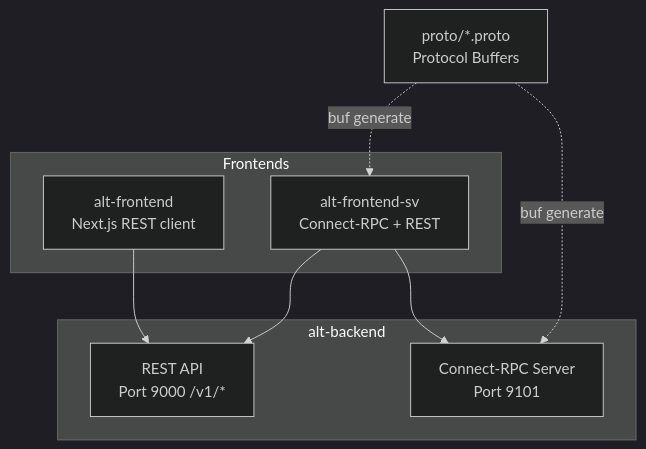
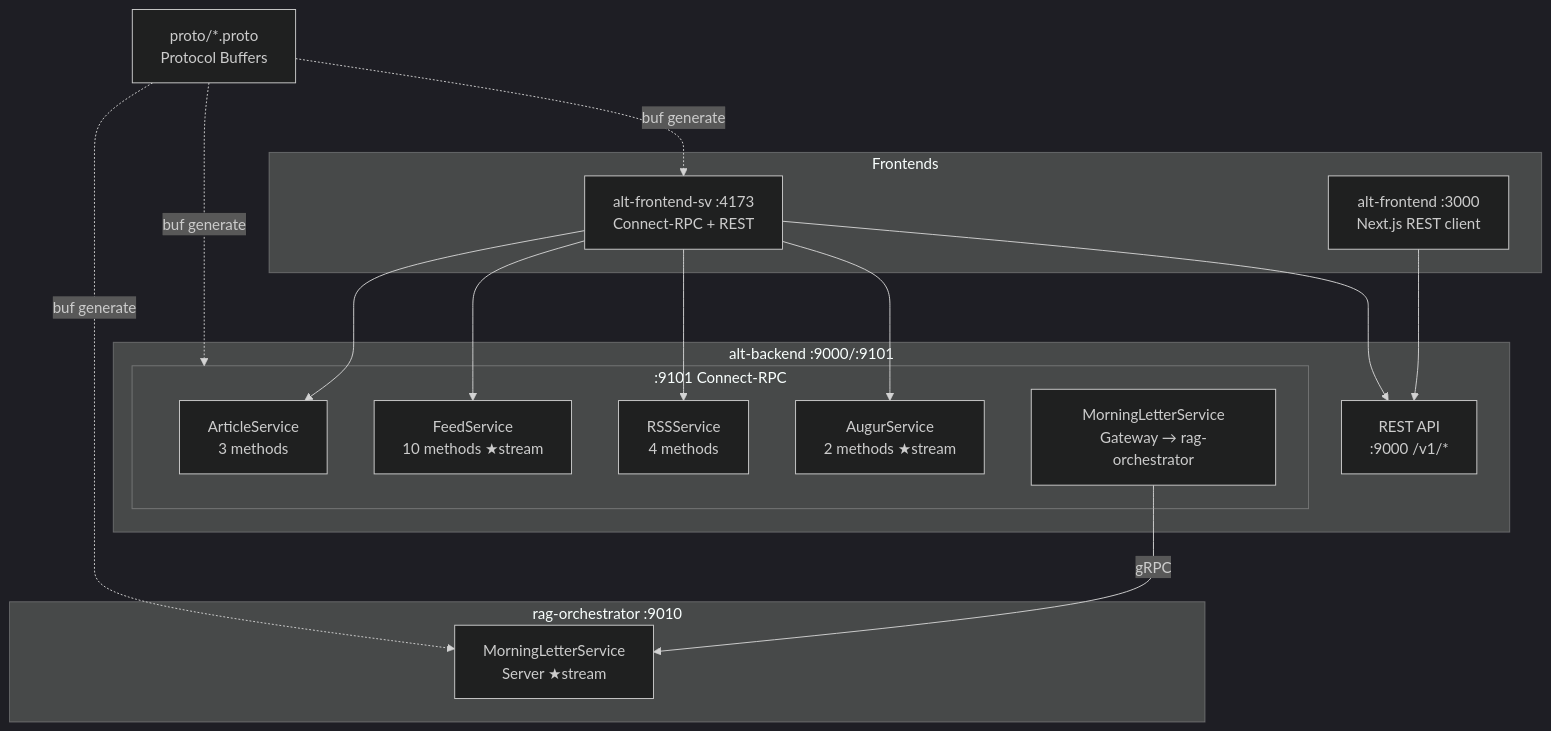
The sixth of 9 diagrams in README.md (Kaikei-e/Alt), drawn with Mermaid (dark theme) before and after one commit. The commit also changed other lines of this file, not shown here.

First line of the commit message:
docs: Update README with service port details and API endpoints

````diff
--- a/README.md
+++ b/README.md
@@ -389,18 +400,32 @@
 ```mermaid
 flowchart TD
     subgraph Frontends
-        NextJS[alt-frontend<br/>Next.js REST client]
-        SvelteKit[alt-frontend-sv<br/>Connect-RPC + REST]
+        NextJS[alt-frontend :3000<br/>Next.js REST client]
+        SvelteKit[alt-frontend-sv :4173<br/>Connect-RPC + REST]
     end
-    subgraph "alt-backend"
-        REST[REST API<br/>Port 9000 /v1/*]
-        ConnectRPC[Connect-RPC Server<br/>Port 9101]
+    subgraph "alt-backend :9000/:9101"
+        REST[REST API<br/>:9000 /v1/*]
+        subgraph ConnectRPC[:9101 Connect-RPC]
+            ArticleSvc[ArticleService<br/>3 methods]
+            FeedSvc[FeedService<br/>10 methods ★stream]
+            RSSSvc[RSSService<br/>4 methods]
+            AugurSvc[AugurService<br/>2 methods ★stream]
+            MLGateway[MorningLetterService<br/>Gateway → rag-orchestrator]
+        end
+    end
+    subgraph "rag-orchestrator :9010"
+        MLSvc[MorningLetterService<br/>Server ★stream]
     end
     Proto[proto/*.proto<br/>Protocol Buffers]
 
     NextJS --> REST
     SvelteKit --> REST
-    SvelteKit --> ConnectRPC
+    SvelteKit --> ArticleSvc
+    SvelteKit --> FeedSvc
+    SvelteKit --> RSSSvc
+    SvelteKit --> AugurSvc
+    MLGateway -->|gRPC| MLSvc
     Proto -.->|buf generate| ConnectRPC
+    Proto -.->|buf generate| MLSvc
     Proto -.->|buf generate| SvelteKit
 ```
````
